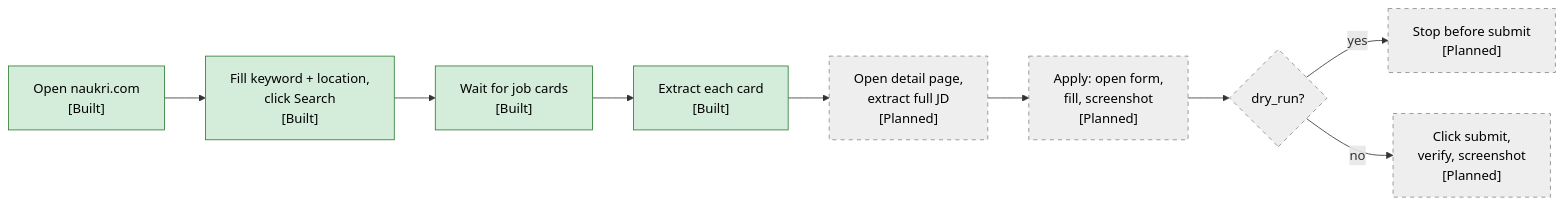
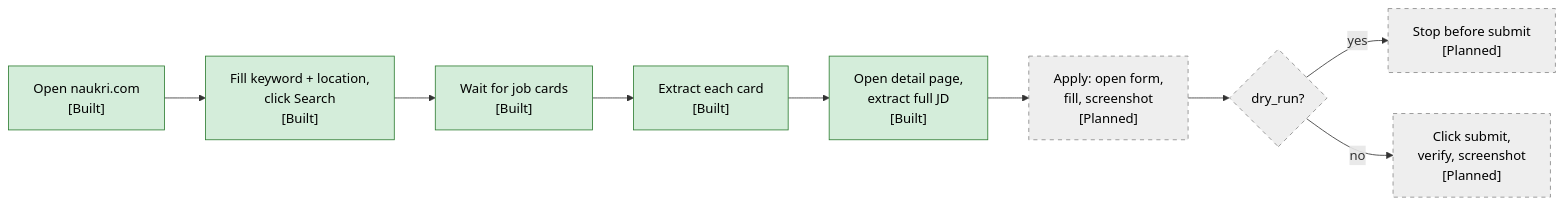
One commit to dhiraj849/Job_assistent changed the first of 2 diagrams in docs/06-browser-automation.md. Above: the diagram before and after it, drawn with Mermaid. The commit also changed other lines of this file and 6 other files, not shown here.

Commit message:
docs: document job detail-page fetch, detail columns and Qdrant v2

````diff
--- a/docs/06-browser-automation.md
+++ b/docs/06-browser-automation.md
@@ -9,16 +9,16 @@
 ```mermaid
 flowchart LR
     A["Open naukri.com<br/>[Built]"] --> B["Fill keyword + location,<br/>click Search<br/>[Built]"]
     B --> C["Wait for job cards<br/>[Built]"]
     C --> D["Extract each card<br/>[Built]"]
-    D --> E["Open detail page,<br/>extract full JD<br/>[Planned]"]
+    D --> E["Open detail page,<br/>extract full JD<br/>[Built]"]
     E --> F["Apply: open form,<br/>fill, screenshot<br/>[Planned]"]
     F --> G{"dry_run?"}
     G -- yes --> H["Stop before submit<br/>[Planned]"]
     G -- no --> I["Click submit,<br/>verify, screenshot<br/>[Planned]"]
 
     classDef built fill:#d4edda,stroke:#2e7d32,color:#000
     classDef planned fill:#eeeeee,stroke:#888,stroke-dasharray:5 5,color:#000
-    class A,B,C,D built
-    class E,F,G,H,I planned
+    class A,B,C,D,E built
+    class F,G,H,I planned
 ```
````
